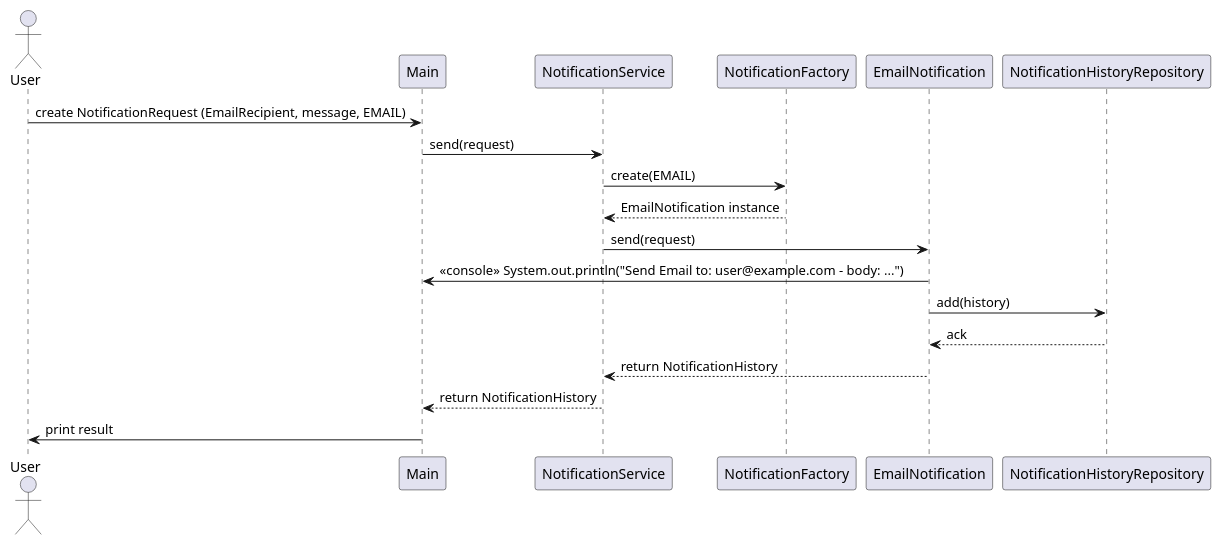
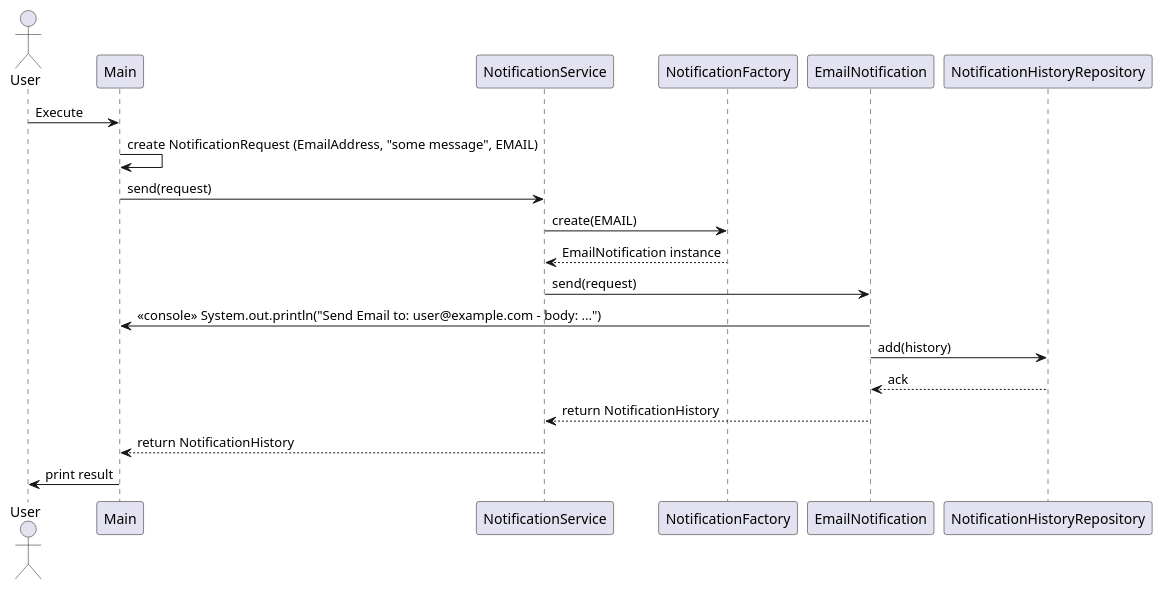
Before and after one commit to tri-shtr/notification-app: the diagram in docs/fig/sequence_diagram.puml, drawn with PlantUML. The commit also changed 6 other files, not shown here.

```diff
--- a/docs/fig/sequence_diagram.puml
+++ b/docs/fig/sequence_diagram.puml
@@ -1,20 +1,21 @@
 @startuml sequence_diagram
 actor User
 participant Main
 participant NotificationService
 participant NotificationFactory
 participant EmailNotification
 participant NotificationHistoryRepository
 
-User -> Main: create NotificationRequest (EmailRecipient, message, EMAIL)
+User -> Main: Execute
+Main -> Main: create NotificationRequest (EmailAddress, "some message", EMAIL)
 Main -> NotificationService: send(request)
 NotificationService -> NotificationFactory: create(EMAIL)
 NotificationFactory --> NotificationService: EmailNotification instance
 NotificationService -> EmailNotification: send(request)
 EmailNotification -> Main: <<console>> System.out.println("Send Email to: user@example.com - body: ...")
 EmailNotification -> NotificationHistoryRepository: add(history)
 NotificationHistoryRepository --> EmailNotification: ack
 EmailNotification --> NotificationService: return NotificationHistory
 NotificationService --> Main: return NotificationHistory
 Main -> User: print result
 @enduml
```
